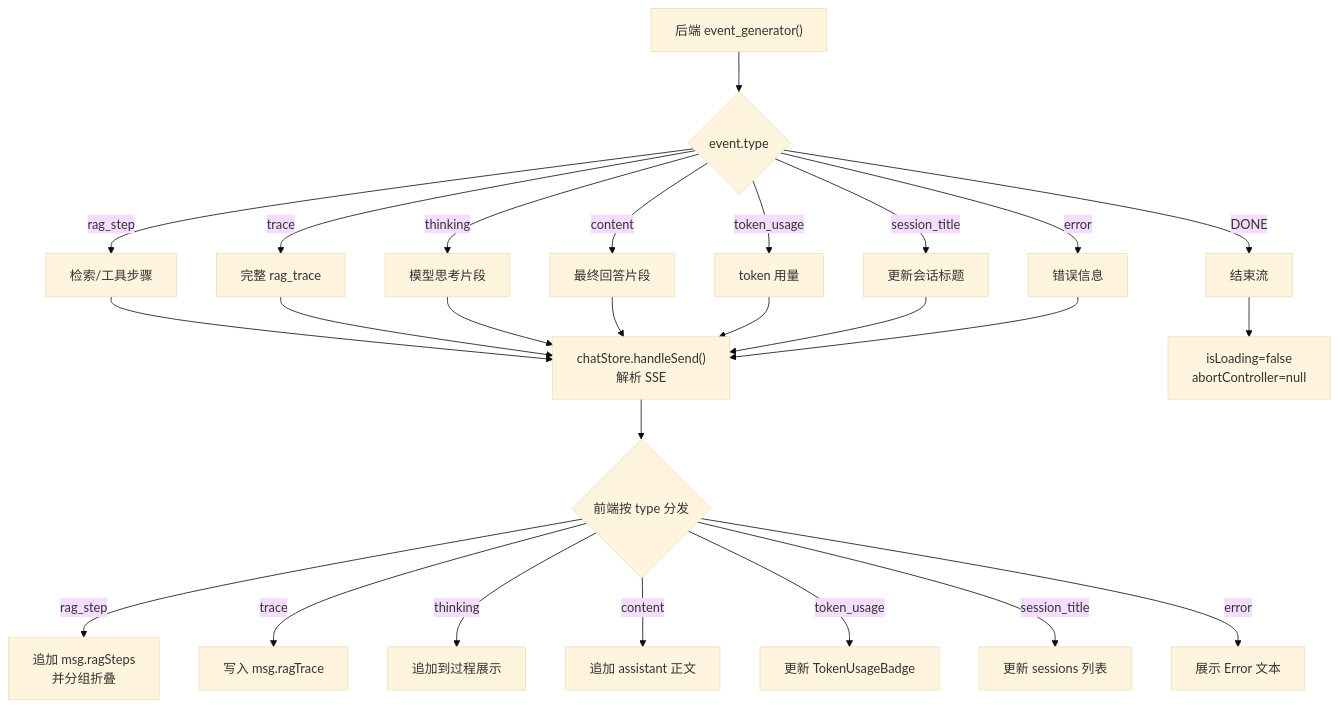
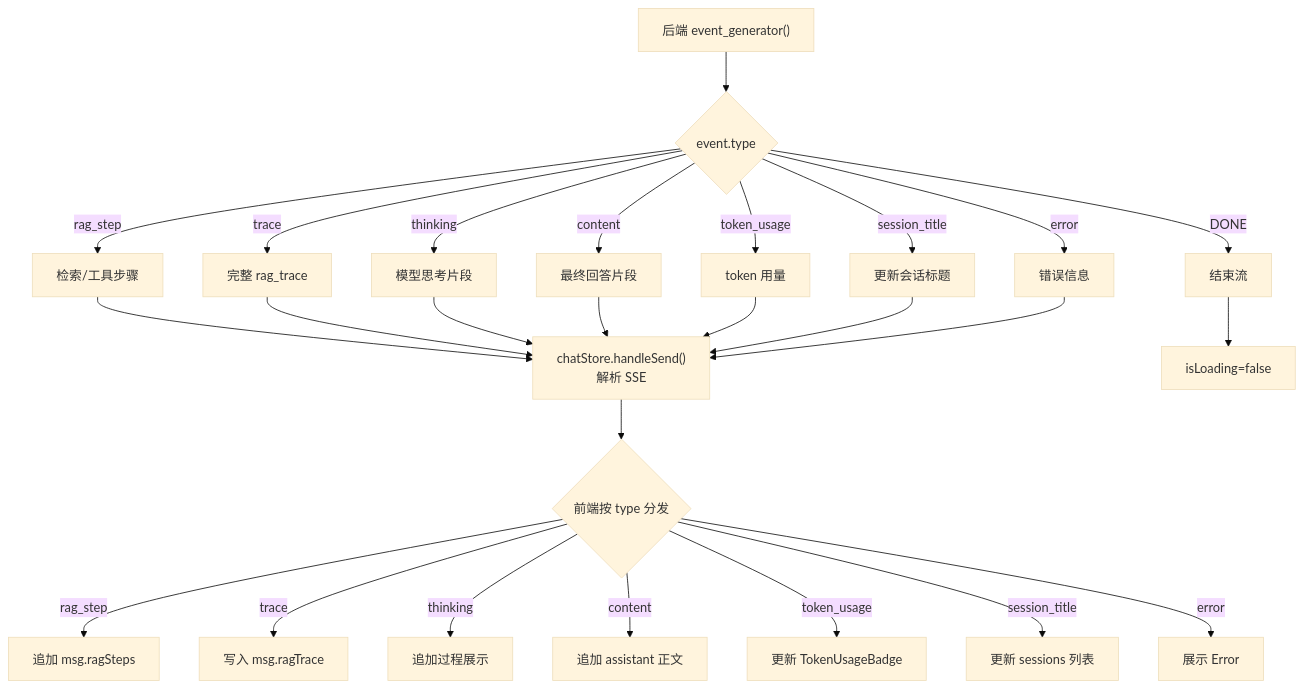
The seventh of 7 diagrams in doc/USER_MESSAGE_CALL_CHAIN.md (QDcvd/CookGraph), drawn with Mermaid (base theme) before and after one commit. The commit also changed other lines of this file and 21 other files, not shown here.

````diff
--- a/doc/USER_MESSAGE_CALL_CHAIN.md
+++ b/doc/USER_MESSAGE_CALL_CHAIN.md
@@ -325,29 +291,24 @@
 ```mermaid
 flowchart TD
     A["后端 event_generator()"] --> B{"event.type"}
     B -->|rag_step| C["检索/工具步骤"]
     B -->|trace| D["完整 rag_trace"]
     B -->|thinking| E["模型思考片段"]
     B -->|content| F["最终回答片段"]
     B -->|token_usage| G["token 用量"]
     B -->|session_title| H["更新会话标题"]
     B -->|error| I["错误信息"]
     B -->|DONE| J["结束流"]
 
     C --> K["chatStore.handleSend()<br/>解析 SSE"]
-    D --> K
-    E --> K
-    F --> K
-    G --> K
-    H --> K
-    I --> K
+    D --> K; E --> K; F --> K; G --> K; H --> K; I --> K
     K --> L{"前端按 type 分发"}
-    L -->|rag_step| M["追加 msg.ragSteps<br/>并分组折叠"]
+    L -->|rag_step| M["追加 msg.ragSteps"]
     L -->|trace| N["写入 msg.ragTrace"]
-    L -->|thinking| O["追加到过程展示"]
+    L -->|thinking| O["追加过程展示"]
     L -->|content| P["追加 assistant 正文"]
     L -->|token_usage| Q["更新 TokenUsageBadge"]
     L -->|session_title| R["更新 sessions 列表"]
-    L -->|error| S["展示 Error 文本"]
-    J --> T["isLoading=false<br/>abortController=null"]
+    L -->|error| S["展示 Error"]
+    J --> T["isLoading=false"]
 ```
````
